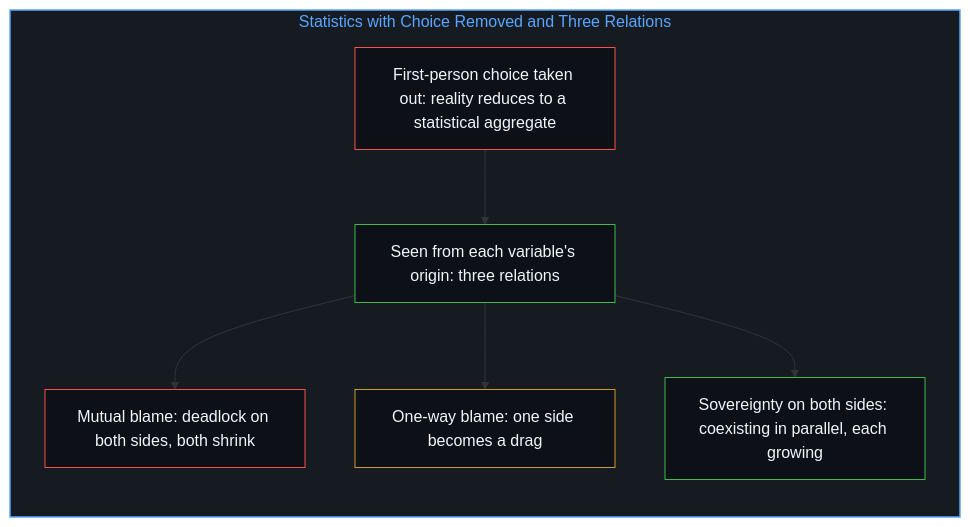
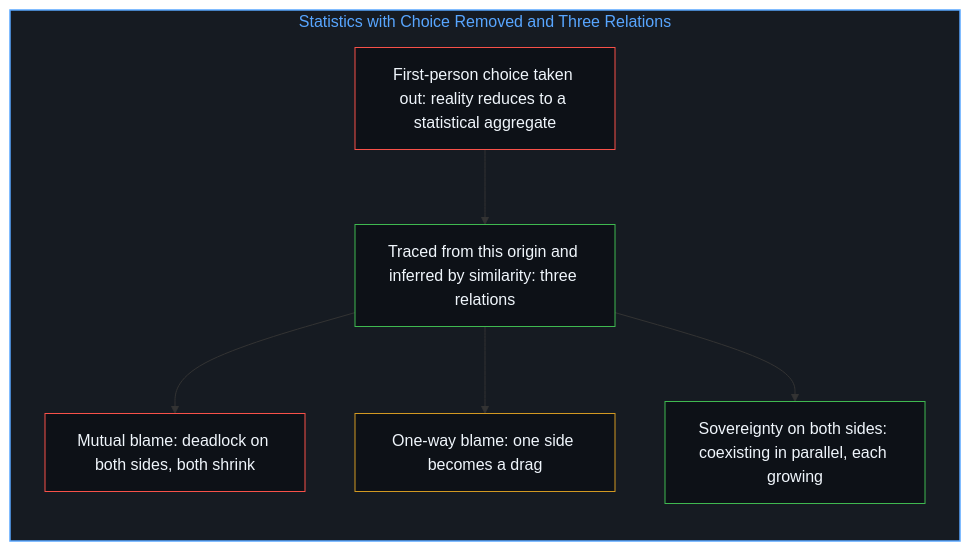
The eighth of 18 diagrams in content/posts/the-geometry-of-coexistence-and-the-dual-cut.md (powerpig99/not-a-toe), drawn with Mermaid before and after one commit. The commit also changed other lines of this file and 5 other files, not shown here.

````diff
--- a/content/posts/the-geometry-of-coexistence-and-the-dual-cut.md
+++ b/content/posts/the-geometry-of-coexistence-and-the-dual-cut.md
@@ -196,22 +189,21 @@
 ```mermaid
 flowchart TD
     subgraph S_Modes["Statistics with Choice Removed and Three Relations"]
         direction TB
         Agg["First-person choice taken out: reality reduces to a statistical aggregate"]
-        Inside["Seen from each variable's origin: three relations"]
+        Inside["Traced from this origin and inferred by similarity: three relations"]
         ModeOne["Mutual blame: deadlock on both sides, both shrink"]
         ModeTwo["One-way blame: one side becomes a drag"]
         ModeThree["Sovereignty on both sides: coexisting in parallel, each growing"]
         Agg --> Inside
         Inside --> ModeOne
         Inside --> ModeTwo
         Inside --> ModeThree
     end
-
     style S_Modes fill:#161b22,stroke:#58a6ff,stroke-width:1.5px,color:#58a6ff
     style Agg fill:#0d1117,stroke:#f85149,stroke-width:1px,color:#f0f6fc
     style Inside fill:#0d1117,stroke:#3fb950,stroke-width:1px,color:#f0f6fc
     style ModeOne fill:#0d1117,stroke:#f85149,stroke-width:1px,color:#f0f6fc
     style ModeTwo fill:#0d1117,stroke:#d29922,stroke-width:1px,color:#f0f6fc
     style ModeThree fill:#0d1117,stroke:#3fb950,stroke-width:1px,color:#f0f6fc
 ```
````
